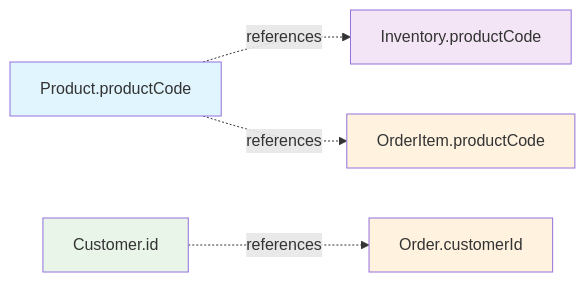
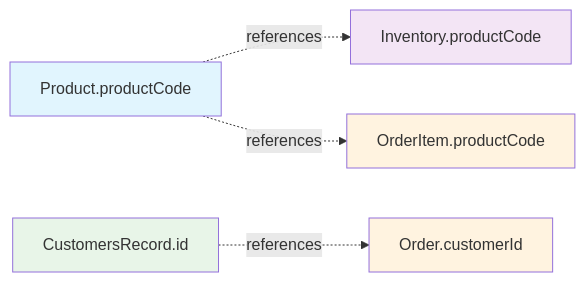
Before and after one commit to rajadilipkolli/spring-boot-microservices-series-v2: the second of 2 diagrams in MICROSERVICES-CLASS-DIAGRAM.md, drawn with Mermaid. The commit also changed other lines of this file and 51 other files, not shown here.

````diff
--- a/MICROSERVICES-CLASS-DIAGRAM.md
+++ b/MICROSERVICES-CLASS-DIAGRAM.md
@@ -145,12 +145,12 @@
 ```mermaid
 graph LR
     A[Product.productCode] -.->|references| B[Inventory.productCode]
     A -.->|references| C[OrderItem.productCode]
-    D[Customer.id] -.->|references| E[Order.customerId]
+    D[CustomersRecord.id] -.->|references| E[Order.customerId]
     
     style A fill:#e1f5fe
     style B fill:#f3e5f5
     style C fill:#fff3e0
     style D fill:#e8f5e8
     style E fill:#fff3e0
 ```
````
